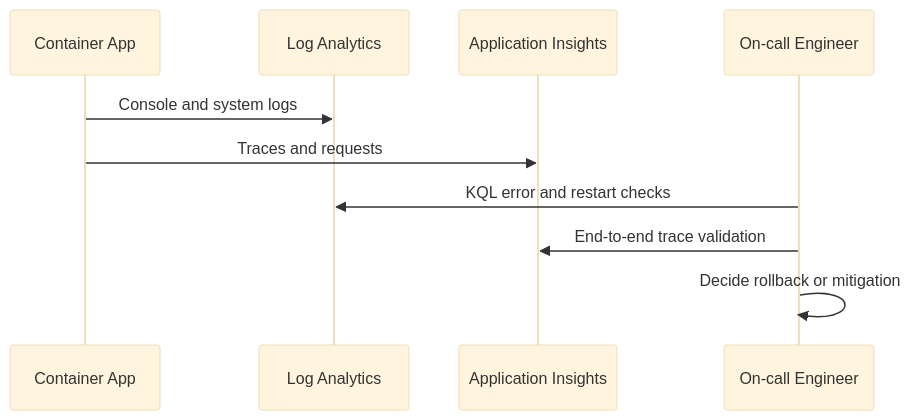
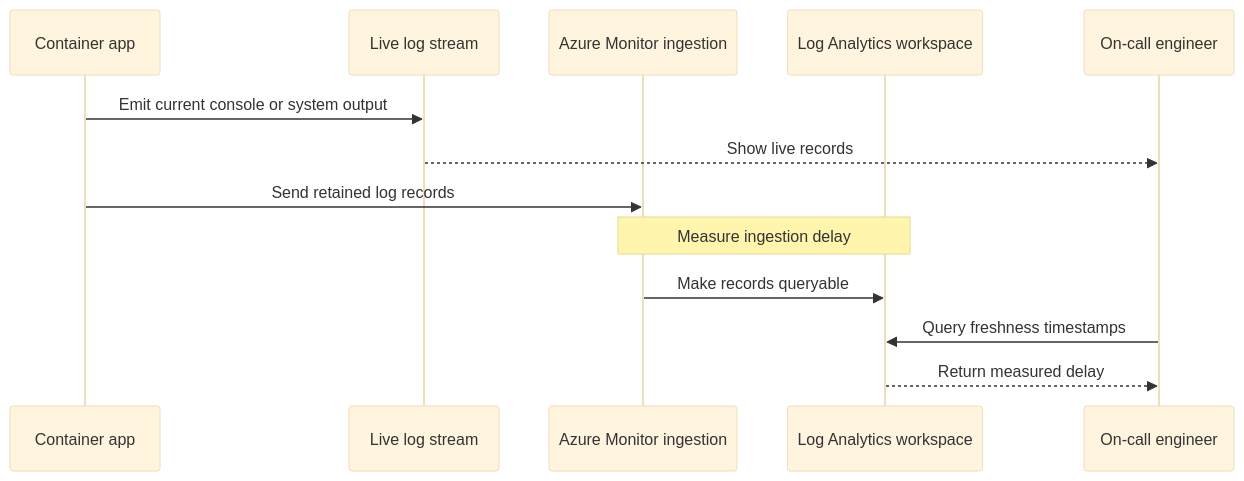
The second of 2 diagrams in docs/operations/monitoring/index.md (yeongseon/azure-container-apps-practical-guide), drawn with Mermaid (base theme) before and after one commit. The commit also changed other lines of this file and 13 other files, not shown here.

First line of the commit message:
docs(diagrams): migrate the Container Apps operations diagrams (#614)

````diff
--- a/docs/operations/monitoring/index.md
+++ b/docs/operations/monitoring/index.md
@@ -247,12 +309,16 @@
 ```mermaid
 sequenceDiagram
-    participant App as Container App
-    participant LA as Log Analytics
-    participant AI as Application Insights
-    participant Ops as On-call Engineer
-    App->>LA: Console and system logs
-    App->>AI: Traces and requests
-    Ops->>LA: KQL error and restart checks
-    Ops->>AI: End-to-end trace validation
-    Ops->>Ops: Decide rollback or mitigation
+    participant App as Container app
+    participant Stream as Live log stream
+    participant Monitor as Azure Monitor ingestion
+    participant Workspace as Log Analytics workspace
+    participant Ops as On-call engineer
+
+    App->>Stream: Emit current console or system output
+    Stream-->>Ops: Show live records
+    App->>Monitor: Send retained log records
+    Note over Monitor,Workspace: Measure ingestion delay
+    Monitor->>Workspace: Make records queryable
+    Ops->>Workspace: Query freshness timestamps
+    Workspace-->>Ops: Return measured delay
 ```
````
